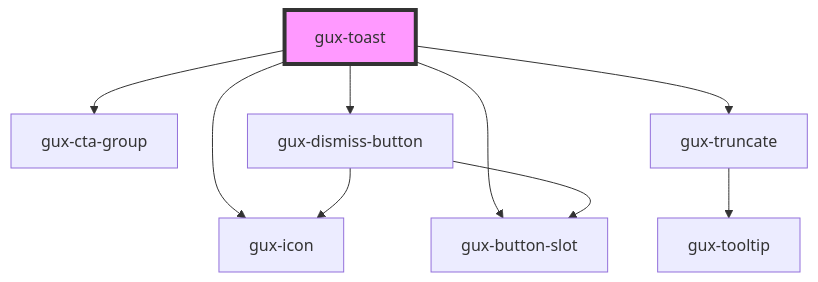
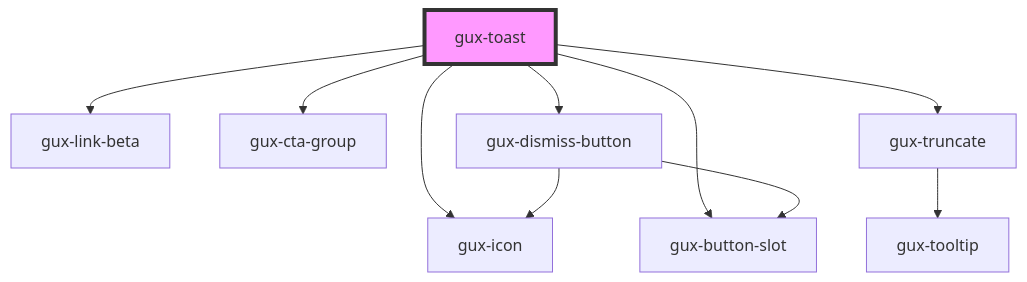
Before and after one commit to MyPureCloud/genesys-spark: the diagram in packages/genesys-spark-components/src/components/stable/gux-toast/readme.md, drawn with Mermaid. The commit also changed other lines of this file and 21 other files, not shown here.

Commit message:
feat(link): adding beta component for hyperlinks

````diff
--- a/packages/genesys-spark-components/src/components/stable/gux-toast/readme.md
+++ b/packages/genesys-spark-components/src/components/stable/gux-toast/readme.md
@@ -45,12 +46,13 @@
 ```mermaid
 graph TD;
   gux-toast --> gux-icon
+  gux-toast --> gux-link-beta
   gux-toast --> gux-cta-group
   gux-toast --> gux-button-slot
   gux-toast --> gux-truncate
   gux-toast --> gux-dismiss-button
   gux-truncate --> gux-tooltip
   gux-dismiss-button --> gux-button-slot
   gux-dismiss-button --> gux-icon
   style gux-toast fill:#f9f,stroke:#333,stroke-width:4px
 ```
````
